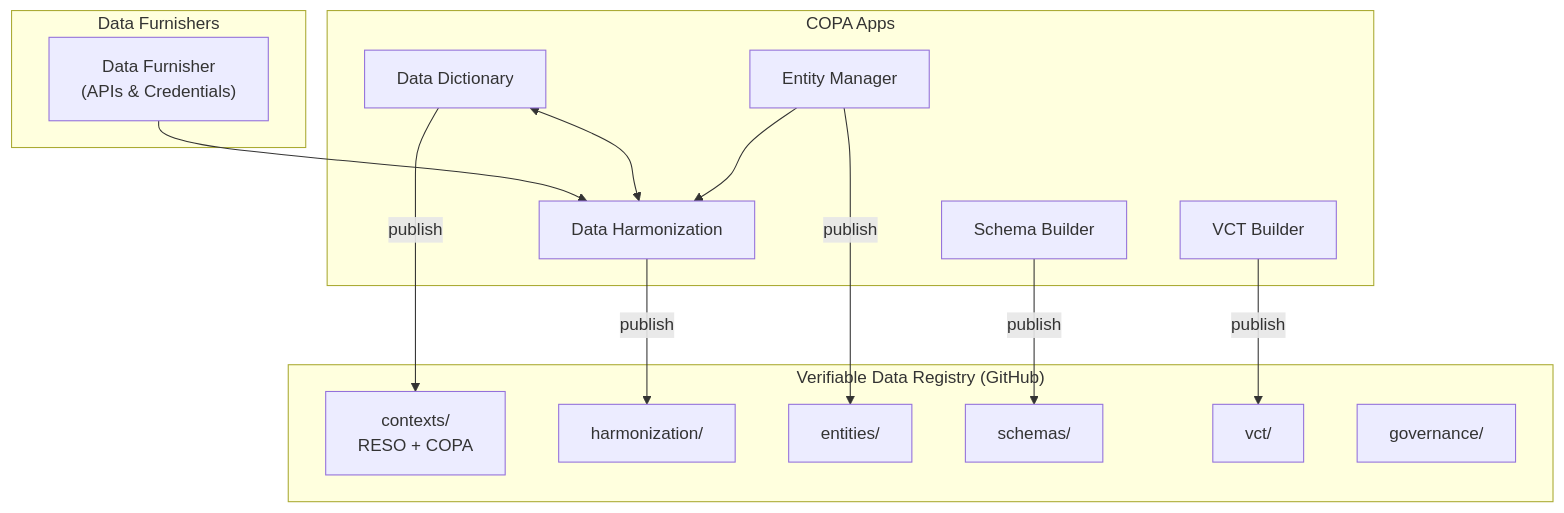
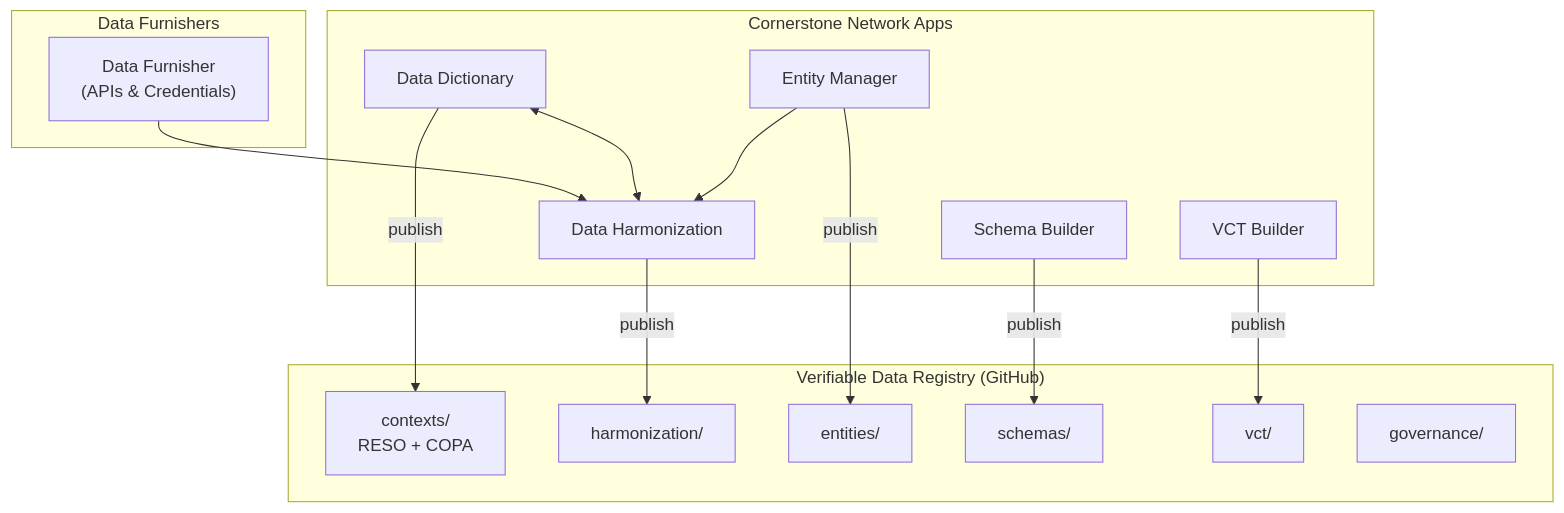
Before and after one commit to Canadian-Open-Property-Association/governance: the first of 2 diagrams in site/architecture/index.md, drawn with Mermaid. The commit also changed other lines of this file and 3 other files, not shown here.

First line of the commit message:
Rename COPA Apps to Cornerstone Network Apps in documentation

````diff
--- a/site/architecture/index.md
+++ b/site/architecture/index.md
@@ -17,33 +17,33 @@
 ```mermaid
 flowchart TB
-    subgraph Apps["COPA Apps"]
+    subgraph Apps["Cornerstone Network Apps"]
         DD["Data Dictionary"]
         DH["Data Harmonization"]
         EM["Entity Manager"]
         SB["Schema Builder"]
         VB["VCT Builder"]
     end
 
     subgraph Furnishers["Data Furnishers"]
         DF["Data Furnisher<br/>(APIs & Credentials)"]
     end
 
     subgraph VDR["Verifiable Data Registry (GitHub)"]
         Vocab["contexts/<br/>RESO + COPA"]
         Harmonization["harmonization/"]
         Entities["entities/"]
         Schemas["schemas/"]
         VCTs["vct/"]
         Governance["governance/"]
     end
 
     DD -->|publish| Vocab
     DH -->|publish| Harmonization
     EM -->|publish| Entities
     SB -->|publish| Schemas
     VB -->|publish| VCTs
 
     DF --> DH
     DD <--> DH
     EM --> DH
 ```
````
